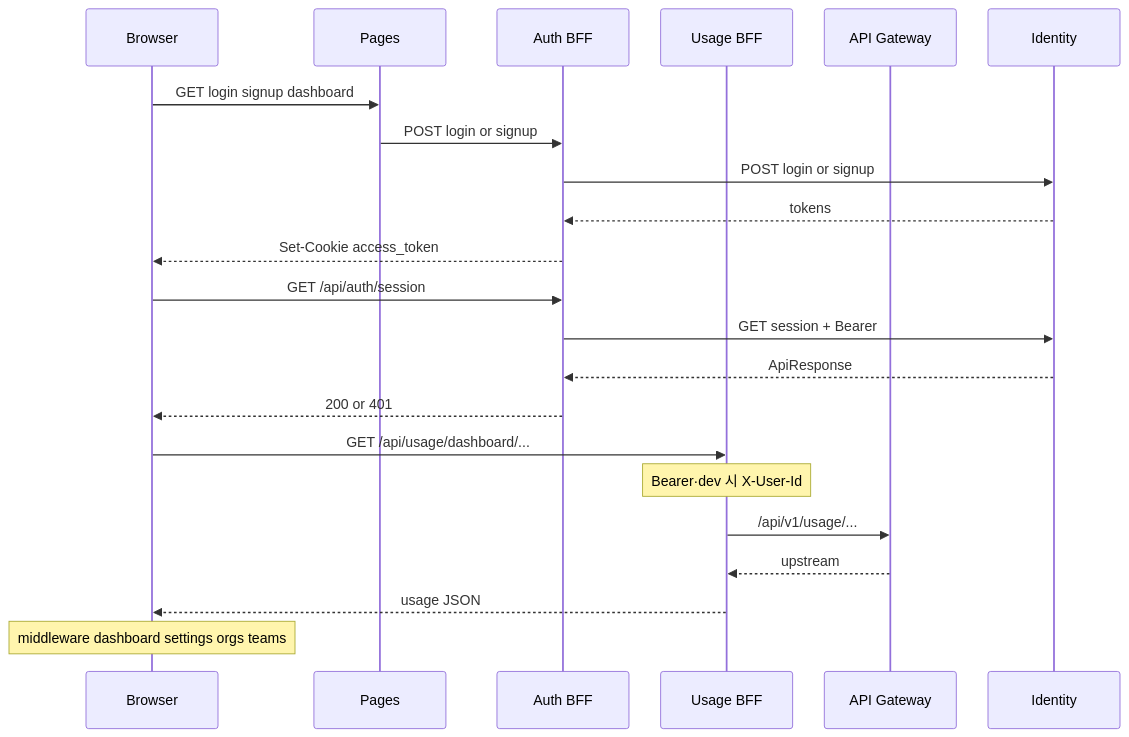
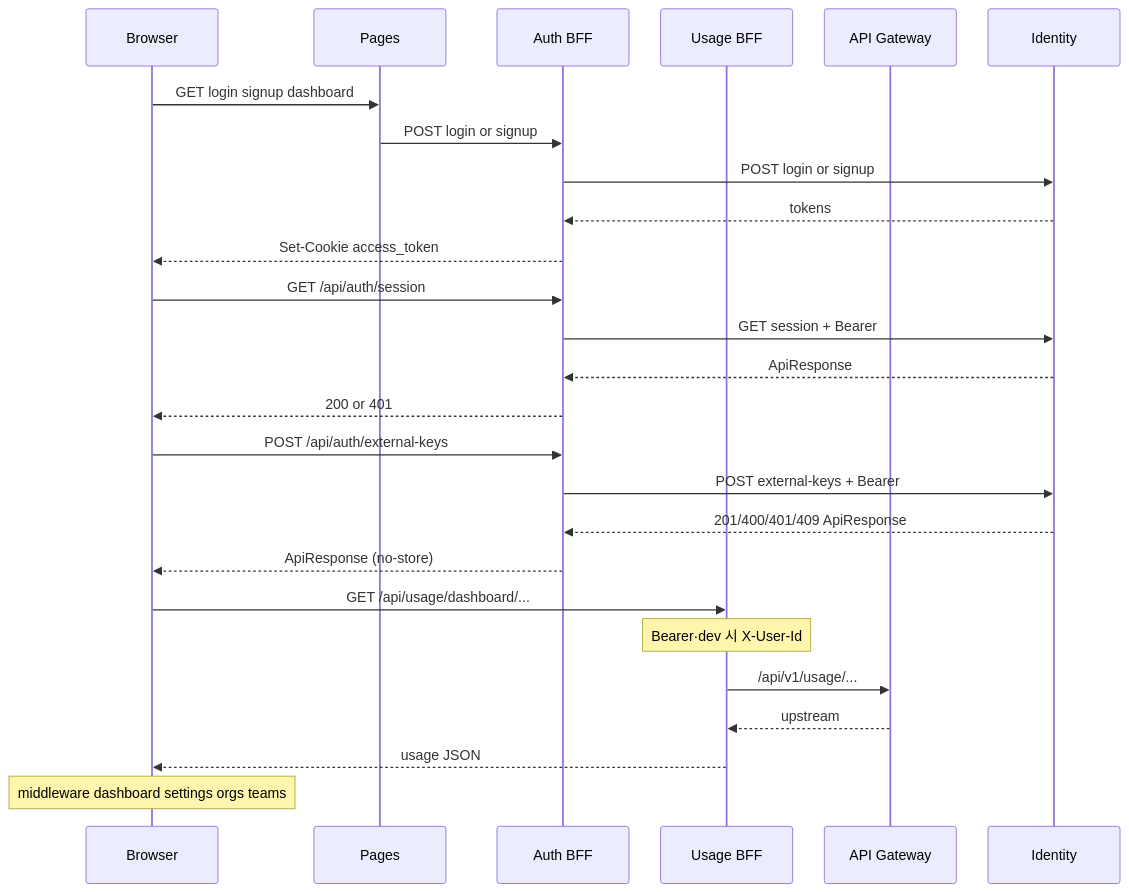
One commit to Zero-Bug-Freinds/ai-api-usage-monitor changed the ninth of 11 diagrams in docs/c4-architecture-diagrams.md. Above: the diagram before and after it, drawn with Mermaid. The commit also changed other lines of this file and 1 other file, not shown here.

First line of the commit message:
[docs] 개인 External API Key 등록 관련 아키텍처 문서 수정

````diff
--- a/docs/c4-architecture-diagrams.md
+++ b/docs/c4-architecture-diagrams.md
@@ -383,29 +383,34 @@
 ```mermaid
 %%{init: {'sequence': {'actorMargin': 36, 'messageMargin': 18}}}%%
 sequenceDiagram
   participant B as Browser
   participant P as Pages
   participant H as Auth BFF
   participant U as Usage BFF
   participant GW as API Gateway
   participant I as Identity
 
   B->>P: GET login signup dashboard
   P->>H: POST login or signup
   H->>I: POST login or signup
   I-->>H: tokens
   H-->>B: Set-Cookie access_token
 
   B->>H: GET /api/auth/session
   H->>I: GET session + Bearer
   I-->>H: ApiResponse
   H-->>B: 200 or 401
 
+  B->>H: POST /api/auth/external-keys
+  H->>I: POST external-keys + Bearer
+  I-->>H: 201/400/401/409 ApiResponse
+  H-->>B: ApiResponse (no-store)
+
   B->>U: GET /api/usage/dashboard/...
   Note over U: Bearer·dev 시 X-User-Id
   U->>GW: /api/v1/usage/...
   GW-->>U: upstream
   U-->>B: usage JSON
 
   Note over B: middleware dashboard settings orgs teams
 ```
````
